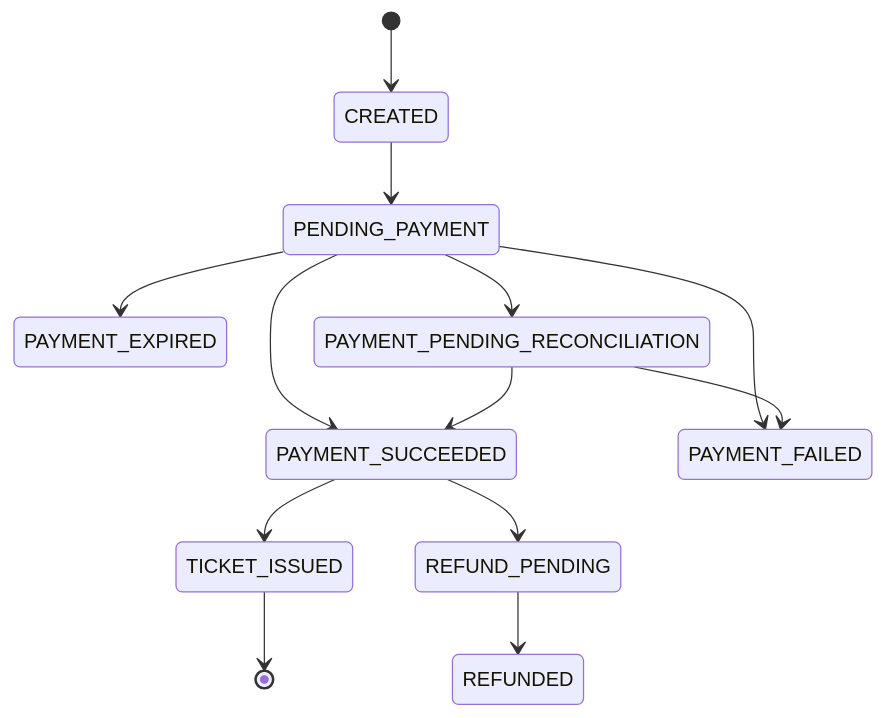
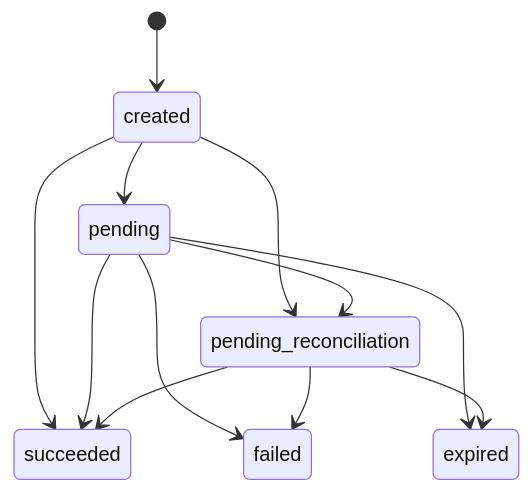
One commit to Toanapr/ticket-box changed the third of 8 diagrams in blueprint/07-protection-mechanisms.md. Above: the diagram before and after it, drawn with Mermaid. The commit also changed other lines of this file and 24 other files, not shown here.

````diff
--- a/blueprint/07-protection-mechanisms.md
+++ b/blueprint/07-protection-mechanisms.md
@@ -104,17 +105,14 @@
 ```mermaid
 stateDiagram-v2
-    [*] --> CREATED
-    CREATED --> PENDING_PAYMENT
-    PENDING_PAYMENT --> PAYMENT_SUCCEEDED
-    PAYMENT_SUCCEEDED --> TICKET_ISSUED
-    TICKET_ISSUED --> [*]
-
-    PENDING_PAYMENT --> PAYMENT_FAILED
-    PENDING_PAYMENT --> PAYMENT_EXPIRED
-    PENDING_PAYMENT --> PAYMENT_PENDING_RECONCILIATION
-    PAYMENT_PENDING_RECONCILIATION --> PAYMENT_SUCCEEDED
-    PAYMENT_PENDING_RECONCILIATION --> PAYMENT_FAILED
-
-    PAYMENT_SUCCEEDED --> REFUND_PENDING
-    REFUND_PENDING --> REFUNDED
+    [*] --> created
+    created --> pending
+    created --> pending_reconciliation
+    created --> succeeded
+    pending --> succeeded
+    pending --> failed
+    pending --> expired
+    pending --> pending_reconciliation
+    pending_reconciliation --> succeeded
+    pending_reconciliation --> failed
+    pending_reconciliation --> expired
 ```
````
